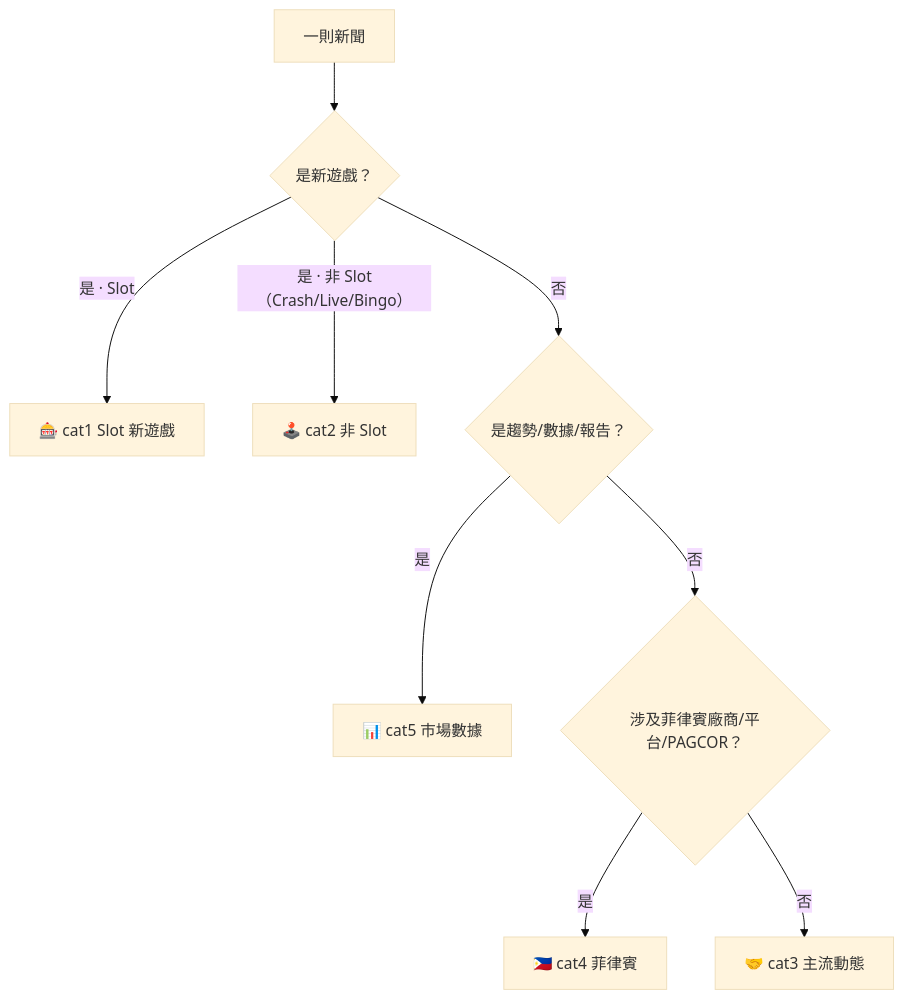
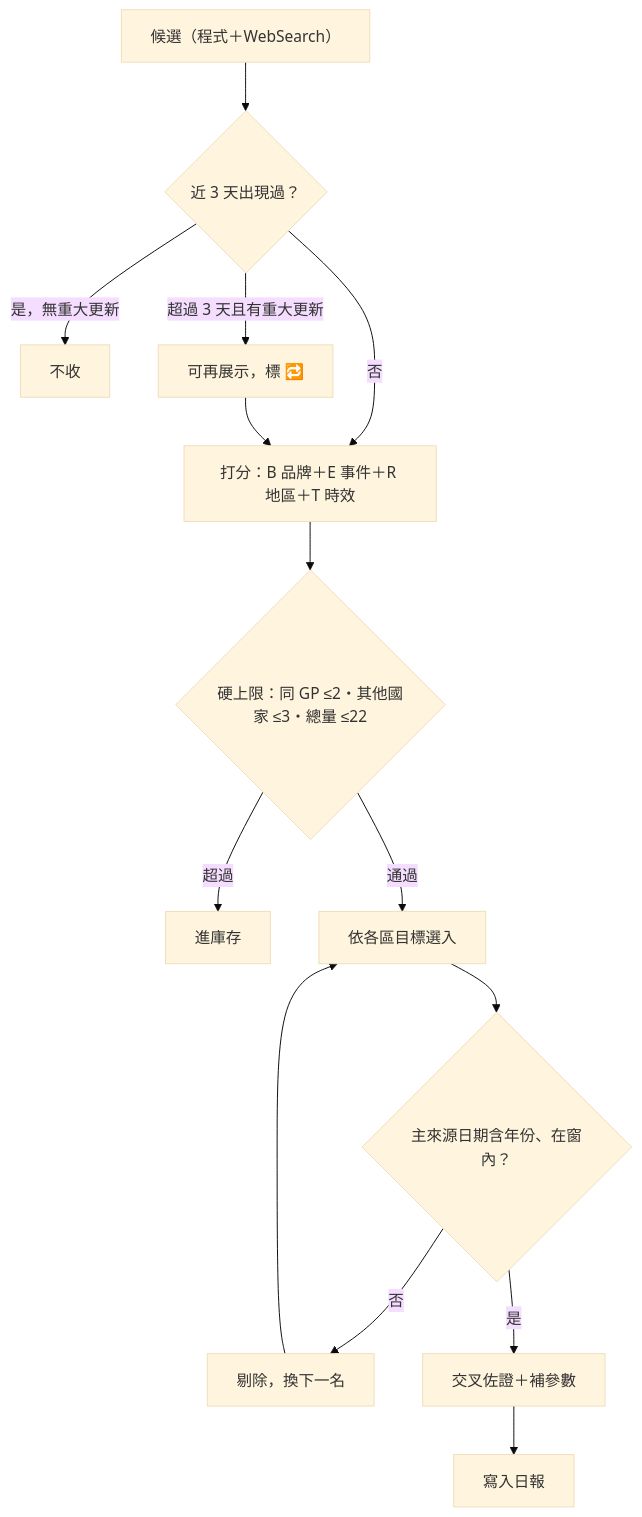
One commit to igaming-pulse/igaming-daily changed the third of 5 diagrams in OutputLogic.md. Above: the diagram before and after it, drawn with Mermaid (base theme). The commit also changed other lines of this file and 7 other files, not shown here.

````diff
--- a/OutputLogic.md
+++ b/OutputLogic.md
@@ -29,11 +64,16 @@
 ```mermaid
 flowchart TD
-  N["一則新聞"] --> Q1{"是新遊戲？"}
-  Q1 -- "是 · Slot" --> C1["🎰 cat1 Slot 新遊戲"]
-  Q1 -- "是 · 非 Slot（Crash/Live/Bingo）" --> C2["🕹️ cat2 非 Slot"]
-  Q1 -- "否" --> Q2{"是趨勢/數據/報告？"}
-  Q2 -- "是" --> C5["📊 cat5 市場數據"]
-  Q2 -- "否" --> Q3{"涉及菲律賓廠商/平台/PAGCOR？"}
-  Q3 -- "是" --> C4["🇵🇭 cat4 菲律賓"]
-  Q3 -- "否" --> C3["🤝 cat3 主流動態"]
+  C["候選（程式＋WebSearch）"] --> D{"近 3 天出現過？"}
+  D -- "是，無重大更新" --> OUT1["不收"]
+  D -- "超過 3 天且有重大更新" --> RE["可再展示，標 🔁"]
+  D -- 否 --> SC["打分：B 品牌＋E 事件＋R 地區＋T 時效"]
+  RE --> SC
+  SC --> CAP{"硬上限：同 GP ≤2・其他國家 ≤3・總量 ≤22"}
+  CAP -- 超過 --> STOCK["進庫存"]
+  CAP -- 通過 --> PICK["依各區目標選入"]
+  PICK --> V{"主來源日期含年份、在窗內？"}
+  V -- 否 --> SWAP["剔除，換下一名"]
+  SWAP --> PICK
+  V -- 是 --> X["交叉佐證＋補參數"]
+  X --> W["寫入日報"]
 ```
````
